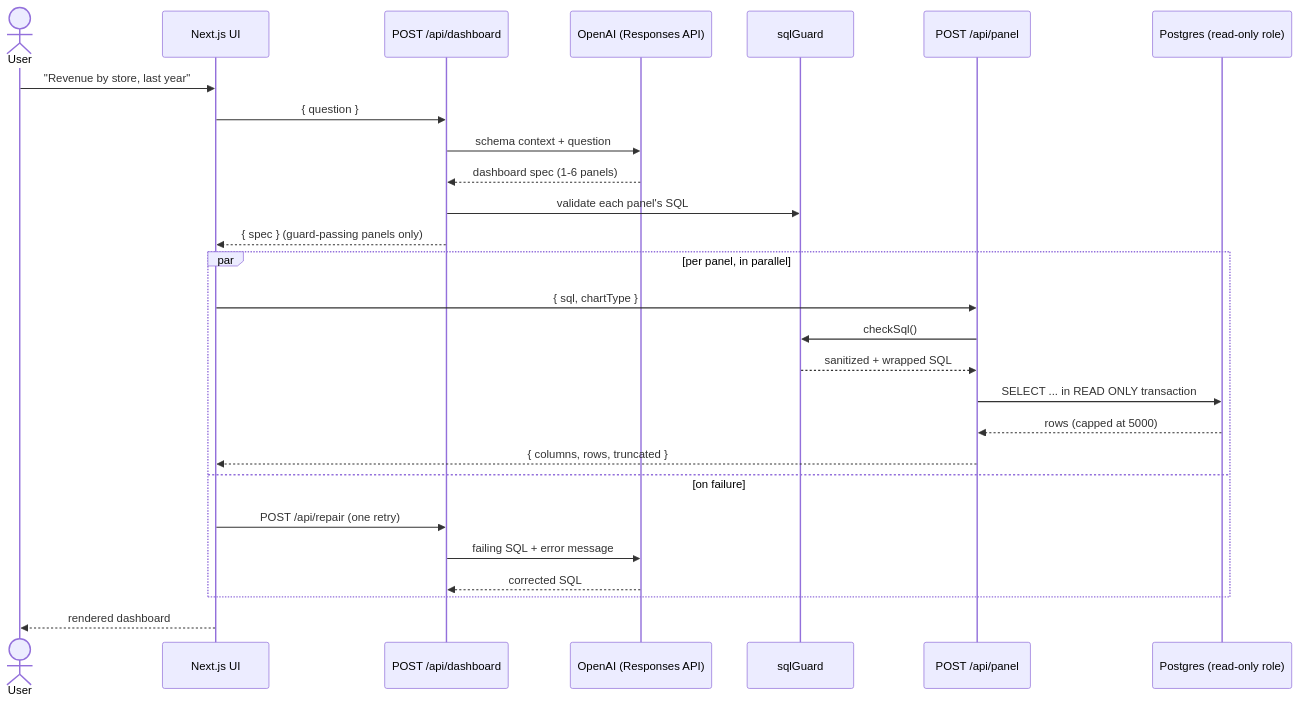
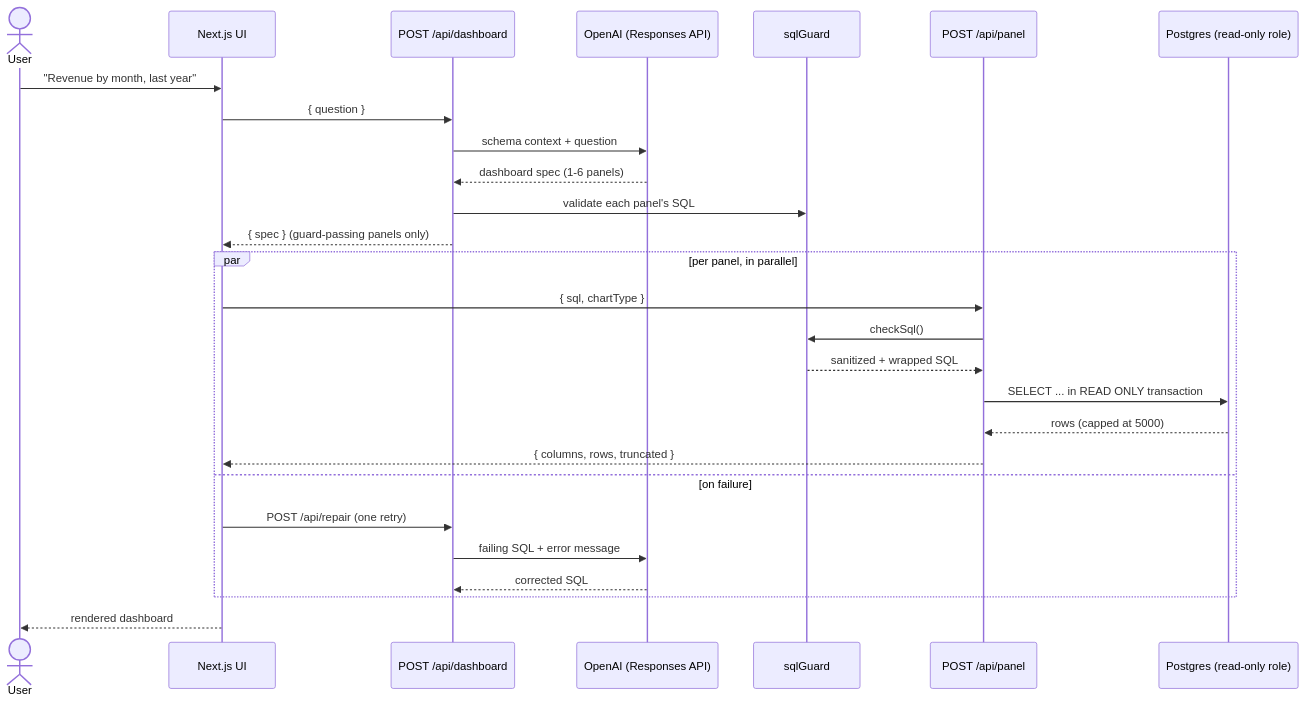
Before and after one commit to LeandHadergjonaj/prompt-to-dashboard: the diagram in README.md, drawn with Mermaid. The commit also changed other lines of this file and 33 other files, not shown here.

````diff
--- a/README.md
+++ b/README.md
@@ -38,32 +44,32 @@
 ```mermaid
 sequenceDiagram
     actor User
     participant UI as Next.js UI
     participant Dash as POST /api/dashboard
     participant LLM as OpenAI (Responses API)
     participant Guard as sqlGuard
     participant Panel as POST /api/panel
     participant DB as Postgres (read-only role)
 
-    User->>UI: "Revenue by store, last year"
+    User->>UI: "Revenue by month, last year"
     UI->>Dash: { question }
     Dash->>LLM: schema context + question
     LLM-->>Dash: dashboard spec (1-6 panels)
     Dash->>Guard: validate each panel's SQL
     Dash-->>UI: { spec } (guard-passing panels only)
 
     par per panel, in parallel
         UI->>Panel: { sql, chartType }
         Panel->>Guard: checkSql()
         Guard-->>Panel: sanitized + wrapped SQL
         Panel->>DB: SELECT ... in READ ONLY transaction
         DB-->>Panel: rows (capped at 5000)
         Panel-->>UI: { columns, rows, truncated }
     and on failure
         UI->>Dash: POST /api/repair (one retry)
         Dash->>LLM: failing SQL + error message
         LLM-->>Dash: corrected SQL
     end
 
     UI-->>User: rendered dashboard
 ```
````
